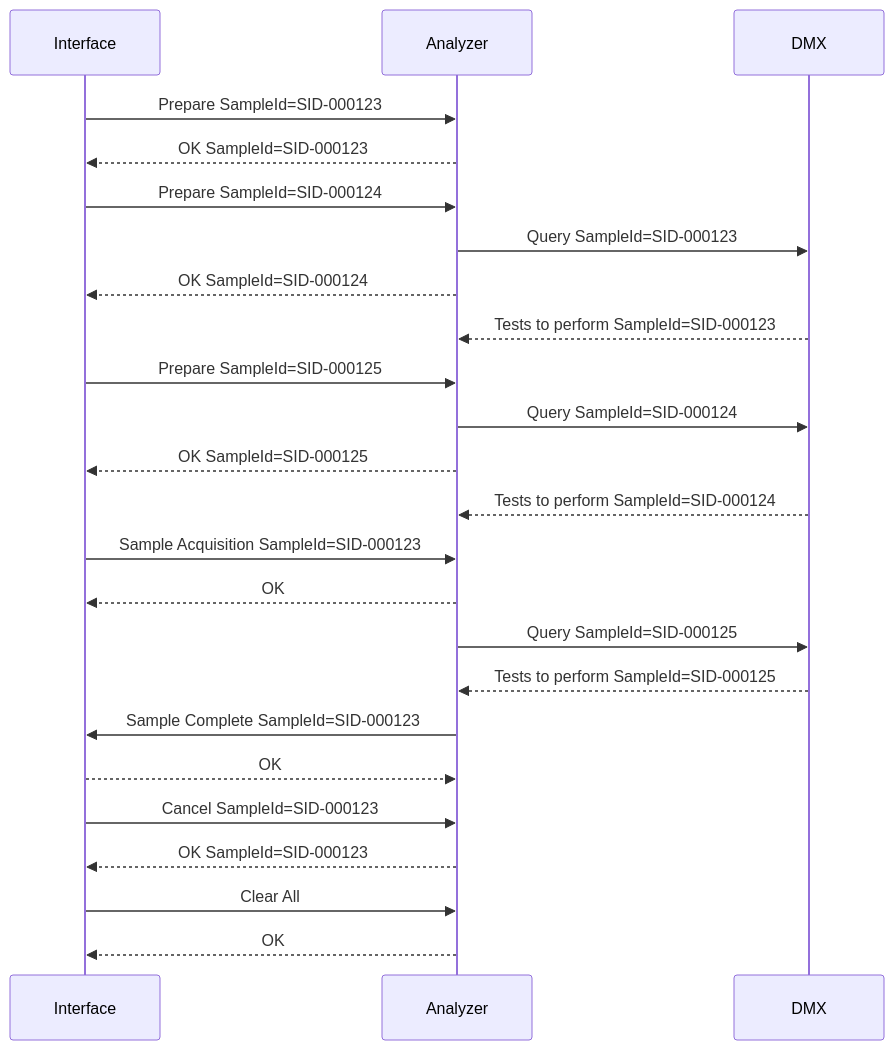
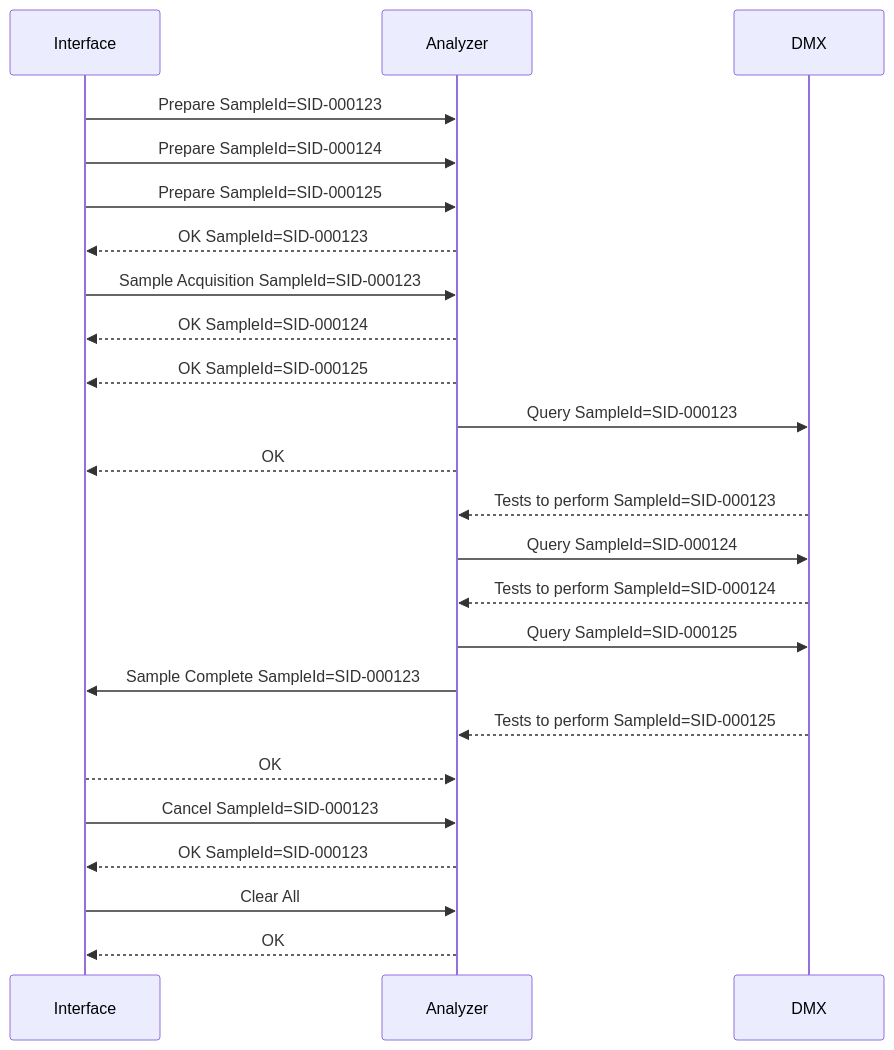
One commit to specialk74/trackviz changed the diagram in scenes/12_spur_carrier_runaway.mmd. Above: the diagram before and after it, drawn with Mermaid. The commit also changed 31 other files, not shown here.

```diff
--- a/scenes/12_spur_carrier_runaway.mmd
+++ b/scenes/12_spur_carrier_runaway.mmd
@@ -1,145 +1,96 @@
 %% # Scene 12 — spur, carrier run-away during sampling
 %% # Same situation as scene 07, on a spur. C1 runs away before the needle goes down, C2
 %% # slides under the needle and is aspirated instead. On Sample Complete (first SampleId)
 %% # the interface sends Cancel, Clear All after the reply, and sends every carrier away. The interface
 %% # is red from the run-away until every carrier has left it.
 %% # Carrier flow: right to left on the Main-Lane; the spur rises perpendicular to it.
 %% # Coordinates are in a fixed 1920x1080 space (track panel: x 30..950, y 120..885).
 %% # Points left of x=30 or right of x=950 are outside the panel (hidden).
 %% geometry spur
 %% subtitle Spur — carrier run-away during sampling, Cancel and Clear All
 sequenceDiagram
     participant IF as Interface
     participant AN as Analyzer
     participant DMX as DMX
 
-    %% carrier C1 SID-000123 route=main_in,nsd,pit_in,spur_in,queue2,queue,sampling,spur_top_in,spur_top_out,spur_out,pit_out,merge,iface_out,main_out,gone speed=110
-    %% carrier C2 SID-000124 route=spawn,main_in,nsd,pit_in,spur_in,queue2,queue,sampling,spur_top_in,spur_top_out,spur_out,pit_out,merge,iface_out,main_out,gone speed=110 color=#0EA5E9
-    %% carrier C3 SID-000125 route=spawn,main_in,nsd,pit_in,spur_in,queue2,queue,sampling,spur_top_in,spur_top_out,spur_out,pit_out,merge,iface_out,main_out,gone speed=110 color=#DB2777
+    %% carrier C1 SID-000123 route=main_in,nsd,pit_in,spur_in,queue2,queue,sampling,spur_top_in,spur_top_out,spur_out,pit_out,merge,iface_out,main_out,gone
+    %% carrier C2 SID-000124 route=spawn,main_in,nsd,pit_in,spur_in,queue2,queue,sampling,spur_top_in,spur_top_out,spur_out,pit_out,merge,iface_out,main_out,gone color=#0EA5E9
+    %% carrier C3 SID-000125 route=spawn,main_in,nsd,pit_in,spur_in,queue2,queue,sampling,spur_top_in,spur_top_out,spur_out,pit_out,merge,iface_out,main_out,gone color=#DB2777
 
-    %% at 0
     %% caption 1 · Three carriers | Three carriers holding sample tubes are diverted into the spur, one after the other: for each one the interface sends Prepare and the analyzer asks DMX which tests to perform.
-    %% at 1.5
-    %% move C1 to nsd ease=in
-    %% when C1 at nsd
-    %% move C1 to sampling ease=out
-    %% when C1 at nsd
-    %% highlight nsd duration=2
-    %% when C1 at nsd
+    %% at 2.2
+    %% move C1 to sampling
+    %% at 2.6
+    %% move C2 to sampling
+    %% on antenna1 C1
+    %% highlight nsd duration=1
+    %% on antenna1
     IF->>AN: Prepare SampleId=SID-000123
-    %% at 4
-    %% move C2 to nsd ease=linear
-    %% when prepare C1 sent
-    %% delay 1.629
+    %% at 3
+    %% move C3 to queue
+    %% on antenna1 C2
+    %% highlight nsd duration=1
+    %% on antenna1
+    IF->>AN: Prepare SampleId=SID-000124
+    %% on antenna1 C3
+    %% highlight nsd duration=1
+    %% on antenna1
+    IF->>AN: Prepare SampleId=SID-000125
+    %% after 0.1 Prepare C1
     AN-->>IF: OK SampleId=SID-000123
-    %% when C2 at nsd
-    %% move C2 to queue ease=out
-    %% when C2 at nsd
-    %% highlight nsd duration=2
-    %% when C2 at nsd
-    IF->>AN: Prepare SampleId=SID-000124
-    %% when sample_ok C1 arrived
-    %% delay 0.2
+    %% on antenna2 C1
+    %% caption 2 · Sample Acquisition | The first carrier is at the sampling point, the other two queue up below it. The interface sends Sample Acquisition for the first sample.
+    %% on antenna2
+    IF->>AN: Sample Acquisition SampleId=SID-000123
+    %% after 0.1 Prepare C2
+    AN-->>IF: OK SampleId=SID-000124
+    %% after 0.1 Prepare C3
+    AN-->>IF: OK SampleId=SID-000125
+    %% after 0.1 OK C1
     AN->>DMX: Query SampleId=SID-000123
-    %% at 7
-    %% move C3 to nsd ease=linear
-    %% when prepare C2 sent
-    %% delay 1.591
-    AN-->>IF: OK SampleId=SID-000124
-    %% when query C1 sent
-    %% delay 1.7
-    DMX-->>AN: Tests to perform SampleId=SID-000123
-    %% when C3 at nsd
-    %% move C3 to queue2 ease=out
-    %% when C3 at nsd
-    %% highlight nsd duration=2
-    %% when C3 at nsd
-    IF->>AN: Prepare SampleId=SID-000125
-    %% when tests C1 arrived
-    %% delay 0.1
-    AN->>DMX: Query SampleId=SID-000124
-    %% when prepare C3 sent
-    %% delay 1.591
-    AN-->>IF: OK SampleId=SID-000125
-    %% when query C2 arrived
-    %% delay 0.2
-    %% caption 2 · Sample Acquisition | The first carrier is at the sampling point, the other two queue up below it. The interface sends Sample Acquisition for the first sample.
-    %% when query C2 sent
-    %% delay 1.7
-    DMX-->>AN: Tests to perform SampleId=SID-000124
-    %% when C1 at sampling
-    %% delay 2.462
-    IF->>AN: Sample Acquisition SampleId=SID-000123
-    %% when sample_acquisition C1 arrived
-    %% delay 0.1
+    %% after 0.1 Sample Acquisition C1
     %% for C1
     AN-->>IF: OK
-    %% when tests C2 arrived
-    %% delay 0.1
+    %% after 0.1 Query C1
+    DMX-->>AN: Tests to perform SampleId=SID-000123
+
+    %% after 1.5 Sample Acquisition C1
+    %% move C1 to gone runaway
+    %% after 1.5 Sample Acquisition C1
+    %% caption 3 · Carrier run-away — the wrong sample is aspirated | Before the needle goes down the first carrier runs away round the spur and the second one slides under the needle: the interface turns red. The analyzer aspirates the second sample.
+    %% after 1.5 Sample Acquisition C1
+    %% status interface error
+    %% after 0.5 antenna2 C2
+    %% pipette sp duration=4.5
+    %% after 0.1 Tests to perform C1
+    AN->>DMX: Query SampleId=SID-000124
+    %% after 0.1
+    DMX-->>AN: Tests to perform SampleId=SID-000124
+    %% after 0.1
     AN->>DMX: Query SampleId=SID-000125
-    %% when sample_acquisition C1 arrived
-    %% delay 1.3
-    %% move C1 to gone ease=linear speed=150 runaway
-    %% when C3 at queue2
-    %% delay 1.138
-    %% caption 3 · Carrier run-away | Before the needle goes down, the first carrier runs away round the spur and back to the Main-Lane, and the second one slides under the needle. The interface notices it and turns red.
-    %% when C3 at queue2
-    %% delay 1.138
-    %% status interface error
-    %% when query C3 sent
-    %% delay 1.7
+
+    %% after 0.3 pipette sp
+    %% caption 4 · Sample Complete — Cancel | The analyzer sends Sample Complete for the first sample. The interface knows the first carrier is gone: it sends Cancel for the first sample, and the analyzer replies OK.
+    %% after 0.3 pipette sp
+    AN->>IF: Sample Complete SampleId=SID-000123
+    %% after 0.1 Query C3
     DMX-->>AN: Tests to perform SampleId=SID-000125
-    %% when C2 at queue
-    %% delay 4.181
-    %% move C2 to sampling ease=inout duration=1.2
-    %% when C3 at queue2
-    %% delay 2.238
-    %% move C3 to queue ease=inout duration=1.2
-    %% when C3 at queue
-    %% delay 0.1
-    %% caption 4 · The wrong sample is aspirated | The analyzer pipettes the tube under the needle: the second sample, while it believes it is sampling the first one.
-    %% when C3 at queue
-    %% delay 0.3
-    %% pipette sp duration=4.5
-    %% when pipette sp done
-    %% delay 0.2
-    %% caption 5 · Sample Complete — Cancel | The analyzer sends Sample Complete for the first sample. The interface knows the first carrier is gone: it sends Cancel for the first sample, and the analyzer replies OK.
-    %% when pipette sp done
-    %% delay 0.2
-    AN->>IF: Sample Complete SampleId=SID-000123
-    %% when sample_complete C1 arrived
-    %% delay 0.1
+    %% after 0.1 Sample Complete C1
     %% for C1
     IF-->>AN: OK
-    %% when sample_complete C1 arrived
-    %% delay 0.2
+    %% after 0.2 Sample Complete C1
     IF->>AN: Cancel SampleId=SID-000123
-    %% when cancel C1 sent
-    %% delay 1.7
+    %% after 0.1
     AN-->>IF: OK SampleId=SID-000123
-    %% when sample_ok C1 arrived
-    %% delay 0.1
+    %% after 0.1
     IF->>AN: Clear All
-    %% when sample_ok C1 arrived
-    %% delay 0.2
-    %% caption 6 · All carriers sent away — Clear All | Right after the reply to Cancel the interface sends Clear All, which cancels every Prepare, and sends every carrier away round the spur, without sampling. Once they have left the interface, it turns grey again.
-    %% when sample_ok C1 arrived
-    %% delay 0.2
-    %% move C2 to spur_top_in ease=in
-    %% when sample_ok C1 arrived
-    %% delay 1.7
-    %% move C3 to spur_top_in ease=in
-    %% when clear_all sent
-    %% delay 1.7
+    %% after 0.2 OK C1
+    %% caption 5 · All carriers sent away — Clear All | Right after the reply to Cancel the interface sends Clear All, which cancels every Prepare, and sends every carrier away round the spur, without sampling. Once they have left the interface, it turns grey again.
+    %% after 0.2 OK C1
+    %% move C2 to gone
+    %% after 0.2 OK C1
+    %% move C3 to gone
+    %% after 0.1 Clear All
     AN-->>IF: OK
-    %% when C2 at spur_top_in
-    %% move C2 to merge ease=linear
-    %% when C3 at spur_top_in
-    %% move C3 to merge ease=linear
-    %% when C2 at merge
-    %% move C2 to gone ease=out
-    %% when C3 at merge
-    %% move C3 to gone ease=out
-    %% when C3 at merge
-    %% delay 0.669
+    %% on antenna3 C3
     %% status interface normal
```
